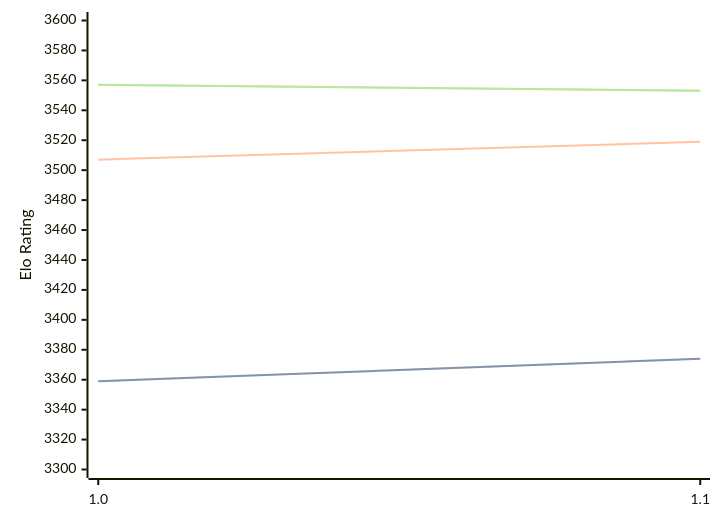
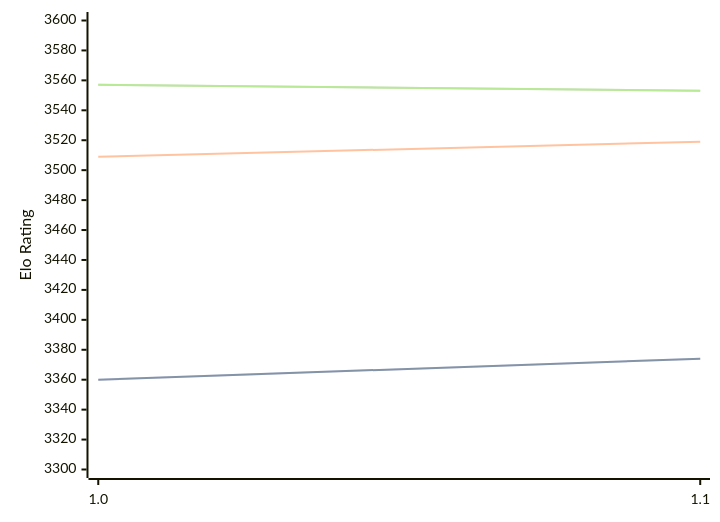
Before and after one commit to computer-chess-index/cci: the diagram in engines/Horsie.md, drawn with Mermaid. The commit also changed other lines of this file, not shown here.

Commit message:
Update CCI Ratings (ELO VLTC) - 2026-04-02

````diff
--- a/engines/Horsie.md
+++ b/engines/Horsie.md
@@ -32,11 +32,11 @@
 ```mermaid
 %%{init: {"theme":"base","themeVariables":{"seriesColors:['#a3a3a3','#222221','#faa371']}}}%%
 xychart-beta
   x-axis ["1.0", "1.1"]
   y-axis "Elo Rating" 3300 --> 3600
-  line "STC (8.0+0.08s)" [3359, 3374]
-  line "STC (8.0+0.08s)" [3359, 3374]
-  line "LTC (60.0+0.60s)" [3507, 3519]
+  line "STC (8.0+0.08s)" [3360, 3374]
+  line "STC (8.0+0.08s)" [3360, 3374]
+  line "LTC (60.0+0.60s)" [3509, 3519]
   line "VLTC (2m24s+1.12s)" [3557, 3553]
   line "VLTC (2m24s+1.12s)" [3557, 3553]
 ```
````
